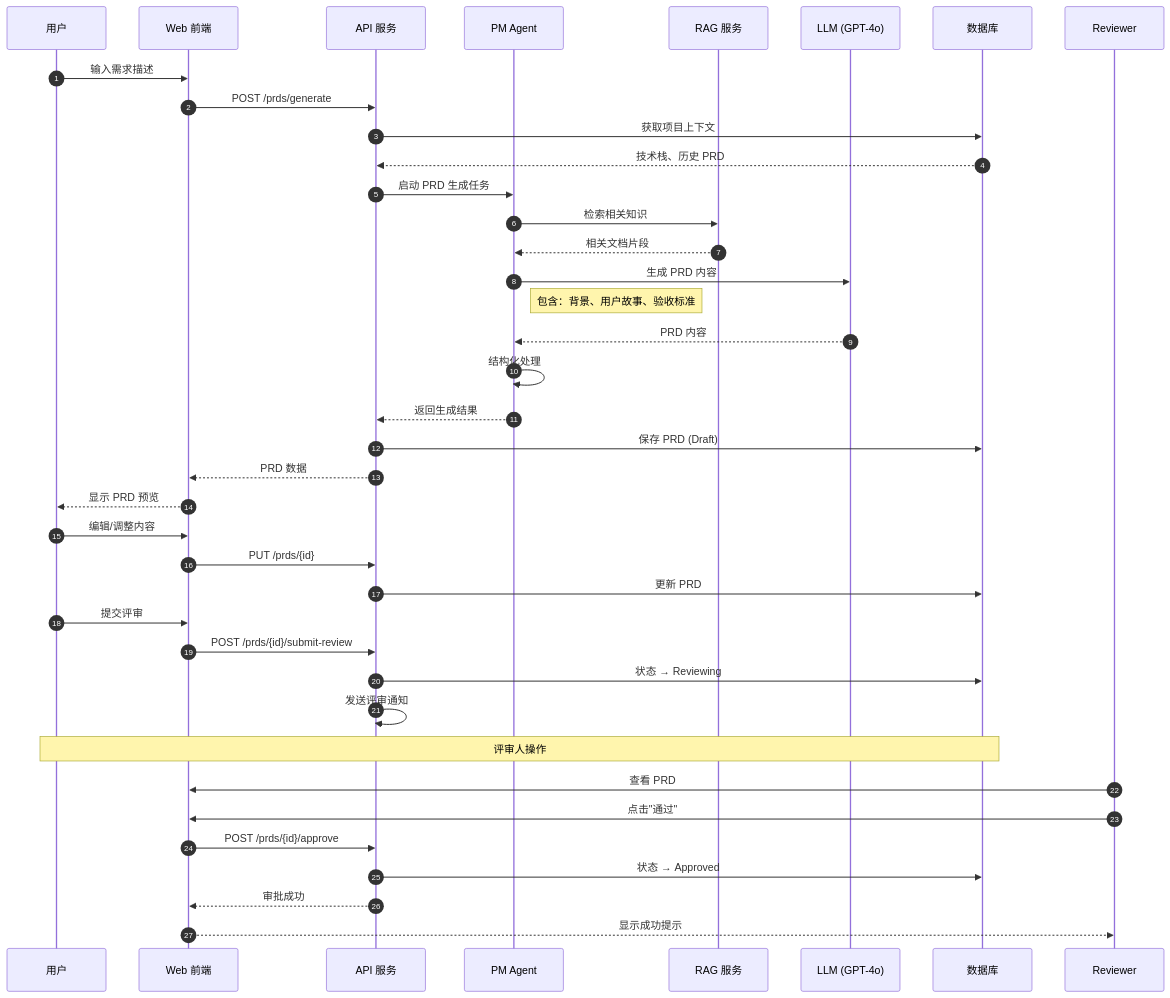
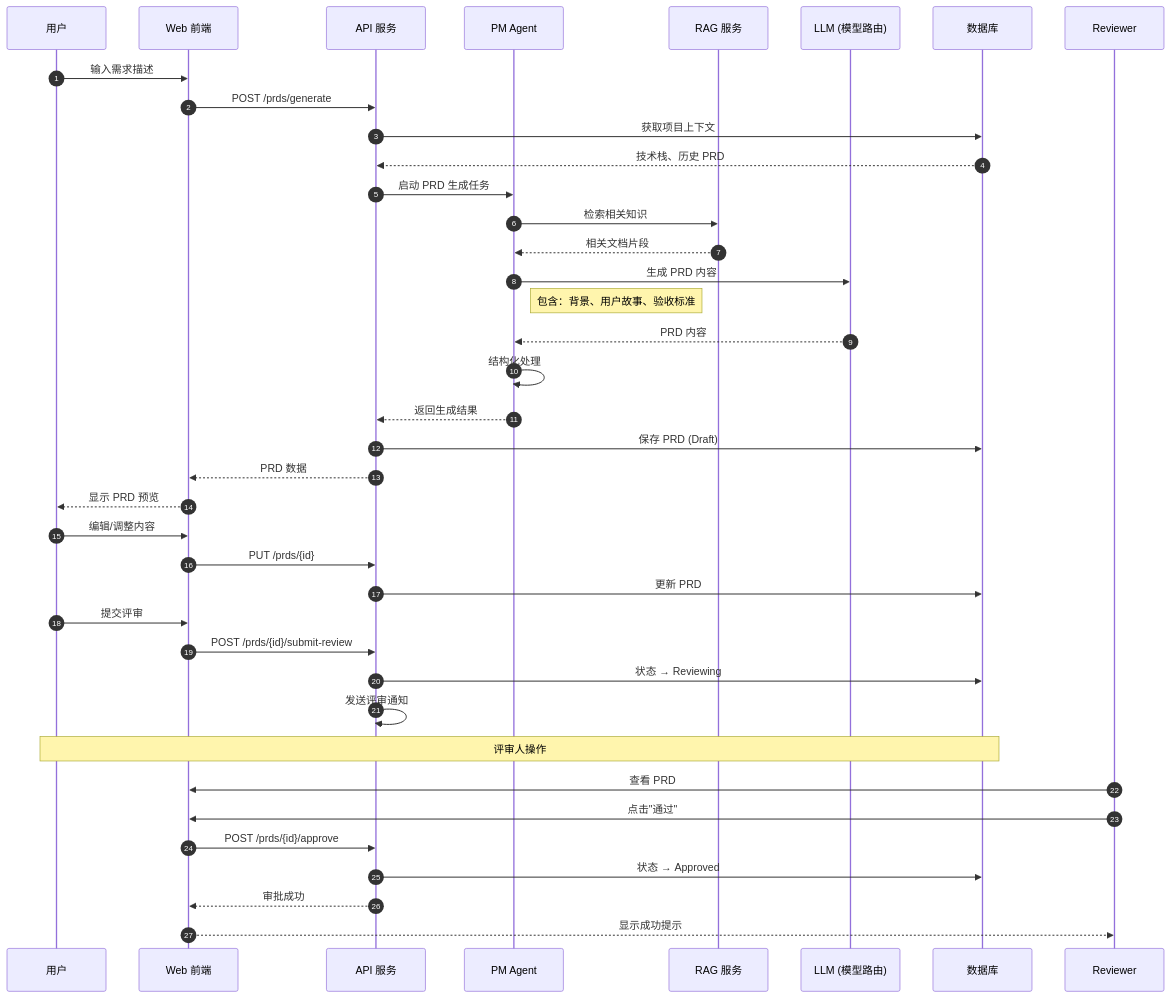
Before and after one commit to sujianjob/DevSmart: the fifth of 26 diagrams in docs/03-architecture/System_Flow_Diagrams.md, drawn with Mermaid. The commit also changed other lines of this file and 12 other files, not shown here.

````diff
--- a/docs/03-architecture/System_Flow_Diagrams.md
+++ b/docs/03-architecture/System_Flow_Diagrams.md
@@ -141,50 +141,50 @@
 ```mermaid
 sequenceDiagram
     autonumber
     participant User as 用户
     participant Web as Web 前端
     participant API as API 服务
     participant PM as PM Agent
     participant RAG as RAG 服务
-    participant LLM as LLM (GPT-4o)
+    participant LLM as LLM (模型路由)
     participant DB as 数据库
 
     User->>Web: 输入需求描述
     Web->>API: POST /prds/generate
 
     API->>DB: 获取项目上下文
     DB-->>API: 技术栈、历史 PRD
 
     API->>PM: 启动 PRD 生成任务
     PM->>RAG: 检索相关知识
     RAG-->>PM: 相关文档片段
 
     PM->>LLM: 生成 PRD 内容
     Note right of PM: 包含：背景、用户故事、验收标准
 
     LLM-->>PM: PRD 内容
     PM->>PM: 结构化处理
 
     PM-->>API: 返回生成结果
     API->>DB: 保存 PRD (Draft)
     API-->>Web: PRD 数据
 
     Web-->>User: 显示 PRD 预览
     User->>Web: 编辑/调整内容
     Web->>API: PUT /prds/{id}
     API->>DB: 更新 PRD
 
     User->>Web: 提交评审
     Web->>API: POST /prds/{id}/submit-review
     API->>DB: 状态 → Reviewing
     API->>API: 发送评审通知
 
     Note over User,DB: 评审人操作
 
     Reviewer->>Web: 查看 PRD
     Reviewer->>Web: 点击"通过"
     Web->>API: POST /prds/{id}/approve
     API->>DB: 状态 → Approved
     API-->>Web: 审批成功
     Web-->>Reviewer: 显示成功提示
 ```
````
